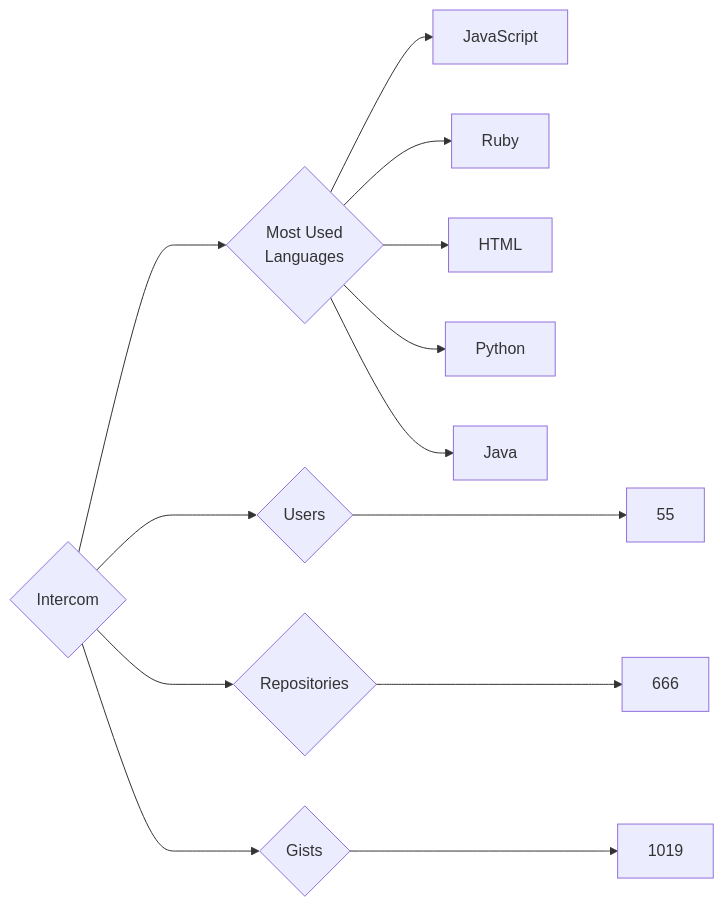
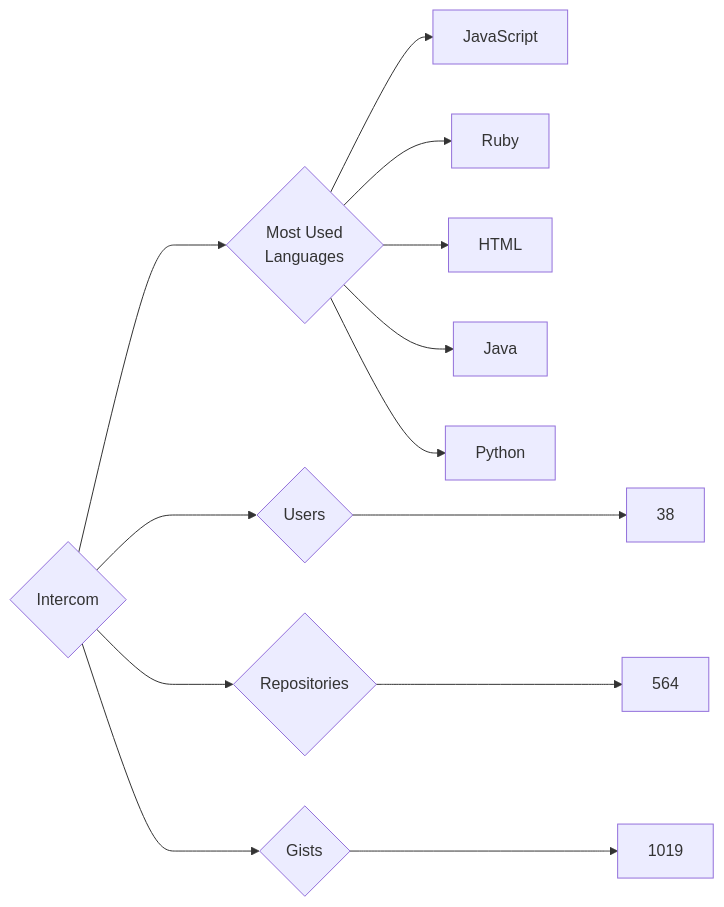
One commit to trickest/insiders changed the diagram in targets/Intercom/README.md. Above: the diagram before and after it, drawn with Mermaid. The commit also changed 745 other files, not shown here.

````diff
--- a/targets/Intercom/README.md
+++ b/targets/Intercom/README.md
@@ -3,13 +3,13 @@
 ```mermaid
 graph LR
 COMPANY_NAME{Intercom}
-COMPANY_NAME ---> U{Users} ---> UN[55]
-COMPANY_NAME ---> R{Repositories} ---> RN[666]
+COMPANY_NAME ---> U{Users} ---> UN[38]
+COMPANY_NAME ---> R{Repositories} ---> RN[564]
 COMPANY_NAME ---> G{Gists} ---> GN[1019]
 COMPANY_NAME ---> ML{Most Used<br>Languages}
 ML --> JavaScript[JavaScript]
 ML --> Ruby[Ruby]
 ML --> HTML[HTML]
+ML --> Java[Java]
 ML --> Python[Python]
-ML --> Java[Java]
 ```
````
